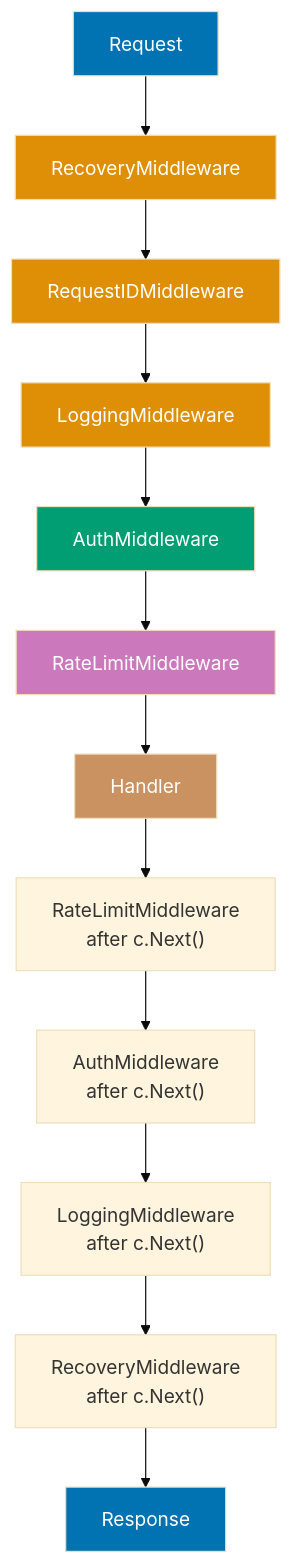
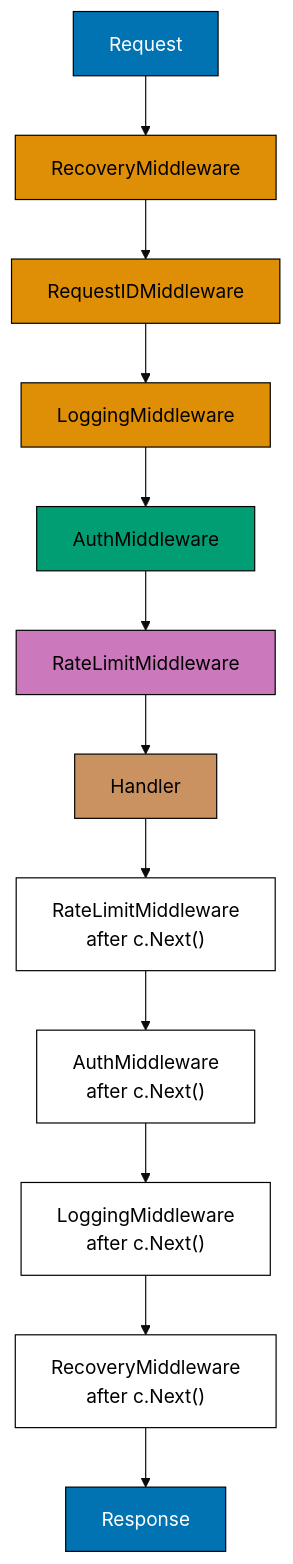
Before and after one commit to wahidyankf/ose-public: the diagram in apps/ayokoding-www/content/en/learn/legacy/software-engineering/platforms/web/tools/golang-gin/by-example/advanced.md, drawn with Mermaid (base theme). The commit also changed 130 other files, not shown here.

First line of the commit message:
fix(mermaid): bring the legacy platforms diagrams onto the accessible palette

````diff
--- a/apps/ayokoding-www/content/en/learn/legacy/software-engineering/platforms/web/tools/golang-gin/by-example/advanced.md
+++ b/apps/ayokoding-www/content/en/learn/legacy/software-engineering/platforms/web/tools/golang-gin/by-example/advanced.md
@@ -136,24 +136,32 @@
 ```mermaid
 %% Middleware chain execution for authenticated API request
 graph TD
+    accTitle: Example 57: Middleware Chain Architecture
+    accDescr: Graph with 12 nodes and 11 connections. Nodes: Request, RecoveryMiddleware, RequestIDMiddleware, LoggingMiddleware, AuthMiddleware, RateLimitMiddleware, Handler, RateLimitMiddleware after c.Next4041, AuthMiddleware after c.Next4041, LoggingMiddleware after c.Next4041, RecoveryMiddleware after c.Next4041, Response. Connections: Request to RecoveryMiddleware, RecoveryMiddleware to RequestIDMiddleware, RequestIDMiddleware to LoggingMiddleware, LoggingMiddleware to AuthMiddleware, AuthMiddleware to RateLimitMiddleware, RateLimitMiddleware to Handler, Handler to RateLimitMiddleware after c.Next4041, RateLimitMiddleware after c.Next4041 to AuthMiddleware after c.Next4041, AuthMiddleware after c.Next4041 to LoggingMiddleware after c.Next4041, LoggingMiddleware after c.Next4041 to RecoveryMiddleware after c.Next4041, RecoveryMiddleware after c.Next4041 to Response.
     A["Request"] --> B["RecoveryMiddleware"]
     B --> C["RequestIDMiddleware"]
     C --> D["LoggingMiddleware"]
     D --> E["AuthMiddleware"]
     E --> F["RateLimitMiddleware"]
     F --> G["Handler"]
     G --> F2["RateLimitMiddleware<br/>after c.Next#40;#41;"]
     F2 --> E2["AuthMiddleware<br/>after c.Next#40;#41;"]
     E2 --> D2["LoggingMiddleware<br/>after c.Next#40;#41;"]
     D2 --> B2["RecoveryMiddleware<br/>after c.Next#40;#41;"]
     B2 --> H["Response"]
 
-    style A fill:#0173B2,color:#fff
-    style B fill:#DE8F05,color:#fff
-    style C fill:#DE8F05,color:#fff
-    style D fill:#DE8F05,color:#fff
-    style E fill:#029E73,color:#fff
-    style F fill:#CC78BC,color:#fff
-    style G fill:#CA9161,color:#fff
-    style H fill:#0173B2,color:#fff
+    classDef pal-0173B2 fill:#0173B2,stroke:#000000,color:#FFFFFF
+    class A pal-0173B2
+    classDef pal-DE8F05 fill:#DE8F05,stroke:#000000,color:#000000
+    class B pal-DE8F05
+    class C pal-DE8F05
+    class D pal-DE8F05
+    classDef pal-029E73 fill:#029E73,stroke:#000000,color:#000000
+    class E pal-029E73
+    classDef pal-CC78BC fill:#CC78BC,stroke:#000000,color:#000000
+    class F pal-CC78BC
+    classDef pal-CA9161 fill:#CA9161,stroke:#000000,color:#000000
+    class G pal-CA9161
+    class H pal-0173B2
+    classDef default fill:#FFFFFF,stroke:#000000,color:#000000
 ```
````
